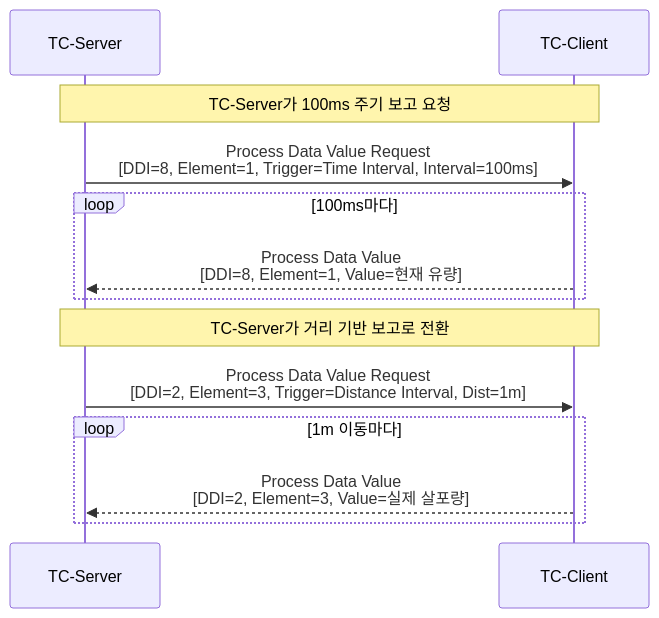
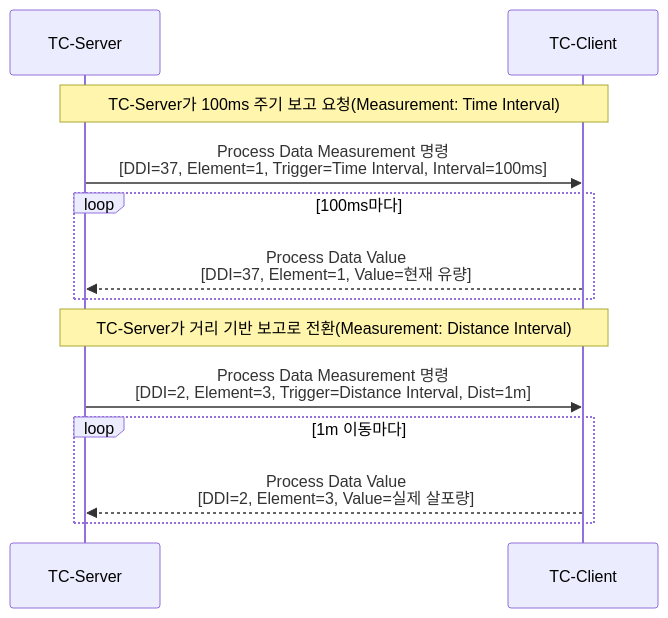
Before and after one commit to hobeen-kim/hobeen-kim.github.io: the third of 5 diagrams in docs/_study/isobus/19-tc-process-data.md, drawn with Mermaid. The commit also changed other lines of this file and 18 other files, not shown here.

````diff
--- a/docs/_study/isobus/19-tc-process-data.md
+++ b/docs/_study/isobus/19-tc-process-data.md
@@ -162,19 +175,19 @@
 ```mermaid
 sequenceDiagram
     participant TC as TC-Server
     participant CLIENT as TC-Client
 
-    Note over TC,CLIENT: TC-Server가 100ms 주기 보고 요청
-    TC ->> CLIENT: Process Data Value Request<br>[DDI=8, Element=1, Trigger=Time Interval, Interval=100ms]
+    Note over TC,CLIENT: TC-Server가 100ms 주기 보고 요청(Measurement: Time Interval)
+    TC ->> CLIENT: Process Data Measurement 명령<br>[DDI=37, Element=1, Trigger=Time Interval, Interval=100ms]
 
     loop 100ms마다
-        CLIENT -->> TC: Process Data Value<br>[DDI=8, Element=1, Value=현재 유량]
+        CLIENT -->> TC: Process Data Value<br>[DDI=37, Element=1, Value=현재 유량]
     end
 
-    Note over TC,CLIENT: TC-Server가 거리 기반 보고로 전환
-    TC ->> CLIENT: Process Data Value Request<br>[DDI=2, Element=3, Trigger=Distance Interval, Dist=1m]
+    Note over TC,CLIENT: TC-Server가 거리 기반 보고로 전환(Measurement: Distance Interval)
+    TC ->> CLIENT: Process Data Measurement 명령<br>[DDI=2, Element=3, Trigger=Distance Interval, Dist=1m]
 
     loop 1m 이동마다
         CLIENT -->> TC: Process Data Value<br>[DDI=2, Element=3, Value=실제 살포량]
     end
 ```
````
